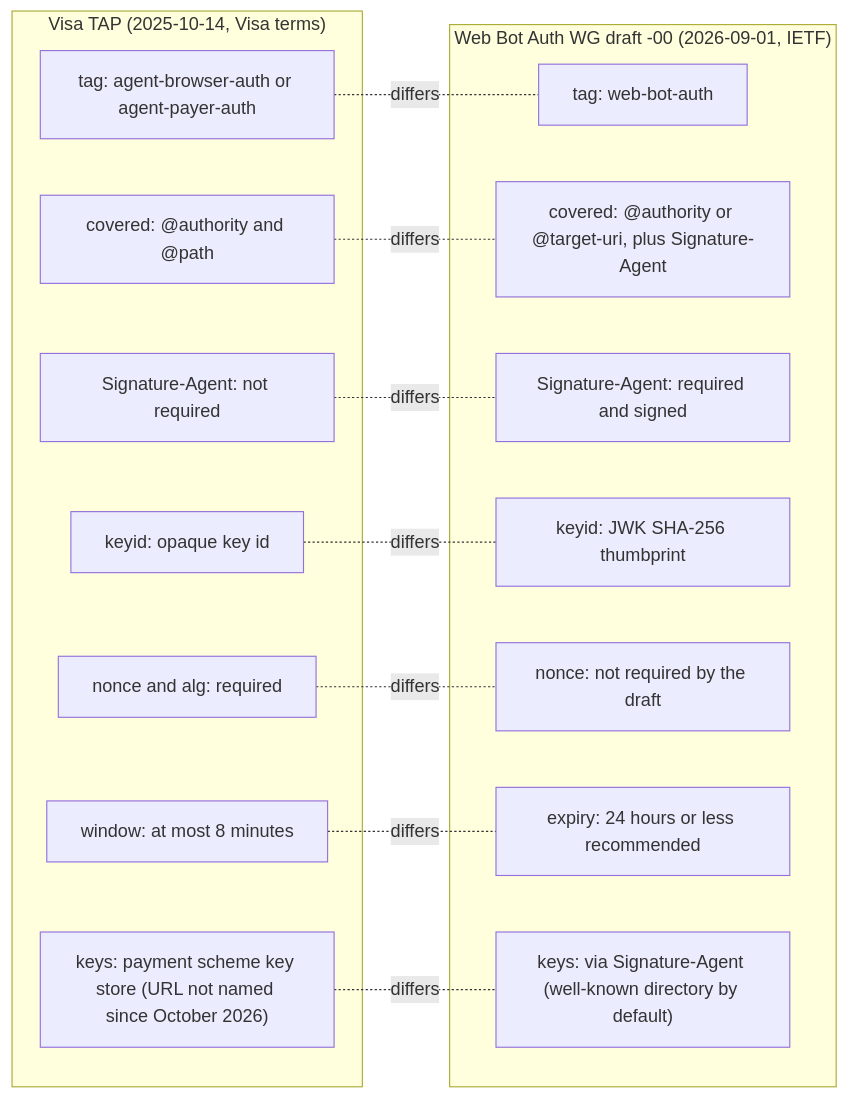
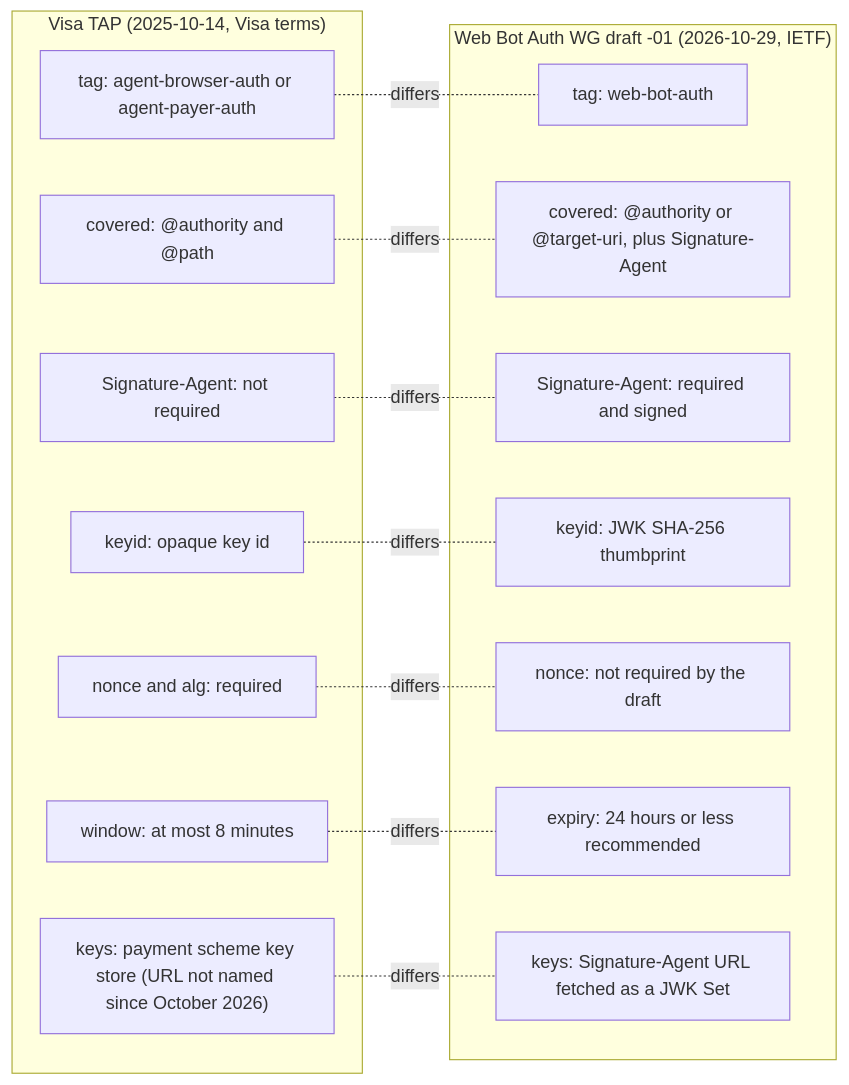
The diagram in src/content/diagrams/visa-tap-vs-web-bot-auth.mmd (mercesAI/agentic-rails-atlas), drawn with Mermaid before and after one commit. The commit also changed 314 other files, not shown here.

```diff
--- a/src/content/diagrams/visa-tap-vs-web-bot-auth.mmd
+++ b/src/content/diagrams/visa-tap-vs-web-bot-auth.mmd
@@ -1,26 +1,26 @@
 flowchart LR
   subgraph TAP["Visa TAP (2025-10-14, Visa terms)"]
     T1["tag: agent-browser-auth or agent-payer-auth"]
     T2["covered: @authority and @path"]
     T3["Signature-Agent: not required"]
     T4["keyid: opaque key id"]
     T5["nonce and alg: required"]
     T6["window: at most 8 minutes"]
     T7["keys: payment scheme key store (URL not named since October 2026)"]
   end
-  subgraph WBA["Web Bot Auth WG draft -00 (2026-09-01, IETF)"]
+  subgraph WBA["Web Bot Auth WG draft -01 (2026-10-29, IETF)"]
     W1["tag: web-bot-auth"]
     W2["covered: @authority or @target-uri, plus Signature-Agent"]
     W3["Signature-Agent: required and signed"]
     W4["keyid: JWK SHA-256 thumbprint"]
     W5["nonce: not required by the draft"]
     W6["expiry: 24 hours or less recommended"]
-    W7["keys: via Signature-Agent (well-known directory by default)"]
+    W7["keys: Signature-Agent URL fetched as a JWK Set"]
   end
   T1 -. differs .- W1
   T2 -. differs .- W2
   T3 -. differs .- W3
   T4 -. differs .- W4
   T5 -. differs .- W5
   T6 -. differs .- W6
   T7 -. differs .- W7
```
